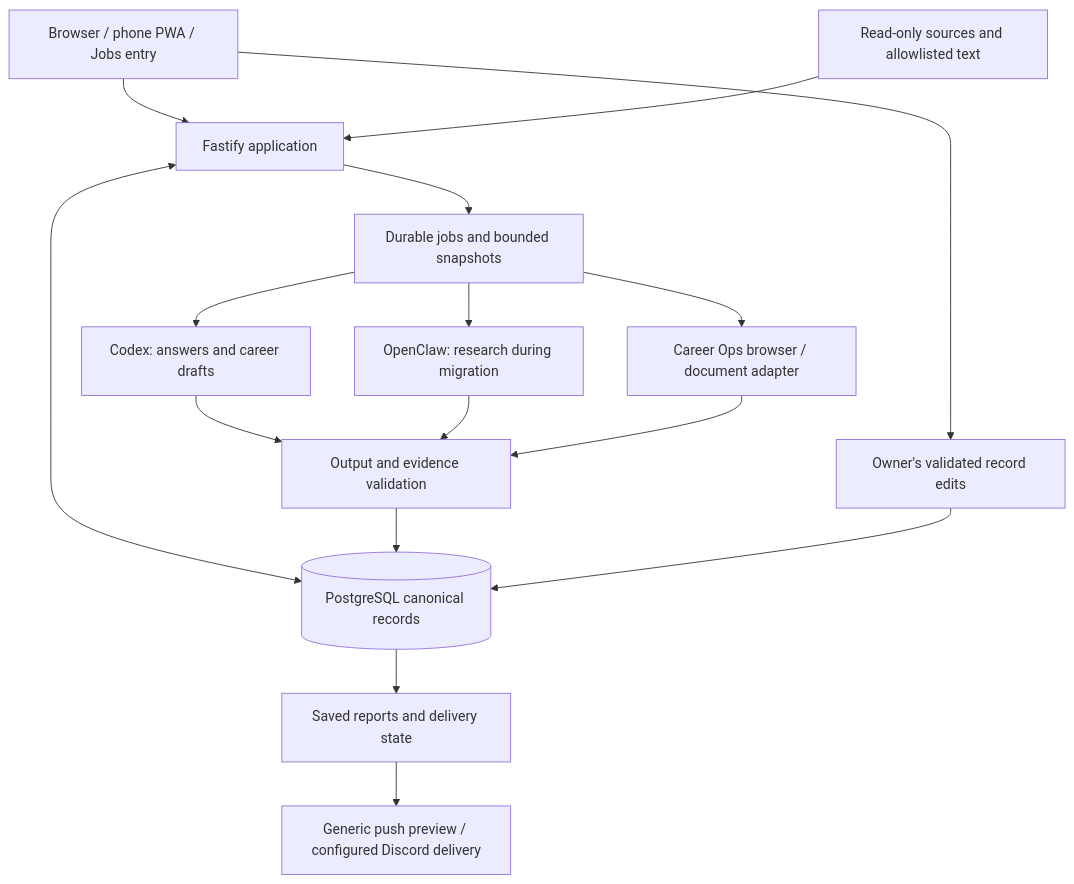
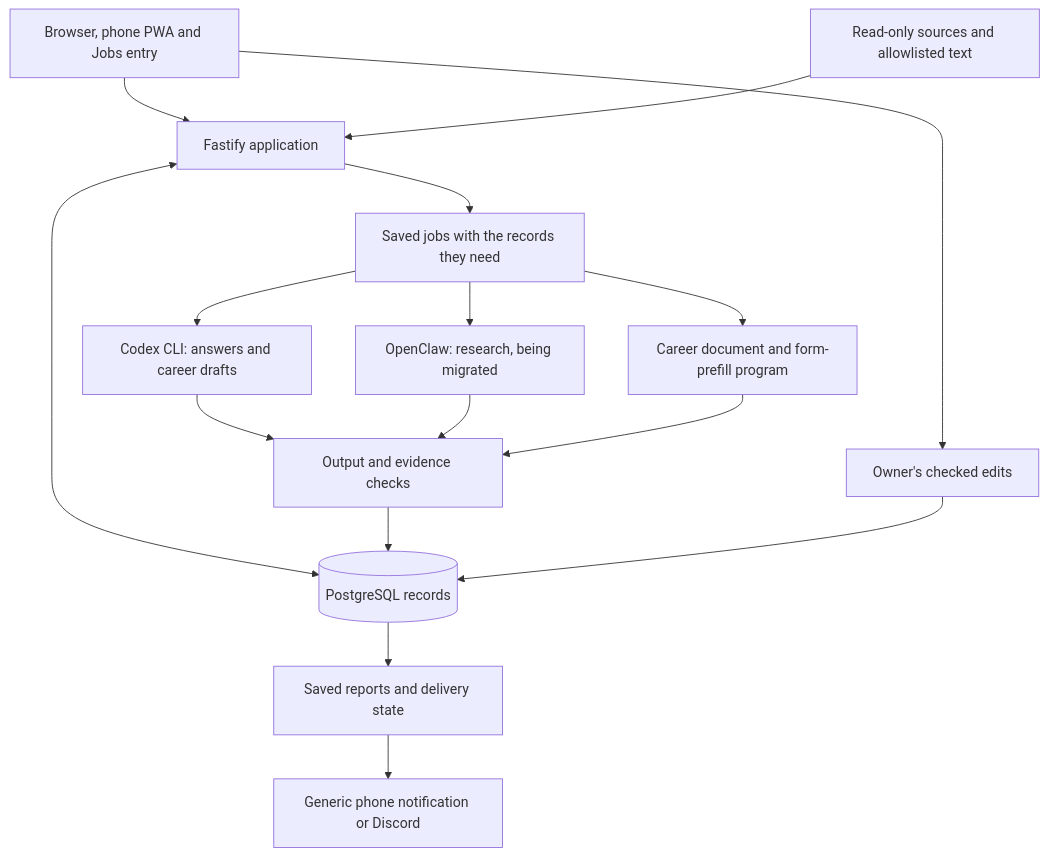
The second of 2 diagrams in README.md (Zeeekrom/lifeops-atlas-showcase), drawn with Mermaid before and after one commit. The commit also changed other lines of this file and 4 other files, not shown here.

````diff
--- a/README.md
+++ b/README.md
@@ -168,18 +147,18 @@
 ```mermaid
 flowchart TD
-    UI["Browser / phone PWA / Jobs entry"] --> API["Fastify application"]
-    API <--> DB[("PostgreSQL canonical records")]
-    Sources["Read-only sources and allowlisted text"] --> API
-    API --> Queue["Durable jobs and bounded snapshots"]
-    Queue --> Text["Codex: answers and career drafts"]
-    Queue --> Radar["OpenClaw: research during migration"]
-    Queue --> Career["Career Ops browser / document adapter"]
-    Text --> Check["Output and evidence validation"]
+    UI[Browser, phone PWA and Jobs entry] --> API[Fastify application]
+    API <--> DB[(PostgreSQL records)]
+    Sources[Read-only sources and allowlisted text] --> API
+    API --> Queue[Saved jobs with the records they need]
+    Queue --> Text[Codex CLI: answers and career drafts]
+    Queue --> Radar[OpenClaw: research, being migrated]
+    Queue --> Career[Career document and form-prefill program]
+    Text --> Check[Output and evidence checks]
     Radar --> Check
     Career --> Check
     Check --> DB
-    UI --> Edits["Owner's validated record edits"]
+    UI --> Edits[Owner's checked edits]
     Edits --> DB
-    DB --> Delivery["Saved reports and delivery state"]
-    Delivery --> Notify["Generic push preview / configured Discord delivery"]
+    DB --> Delivery[Saved reports and delivery state]
+    Delivery --> Notify[Generic phone notification or Discord]
 ```
````
